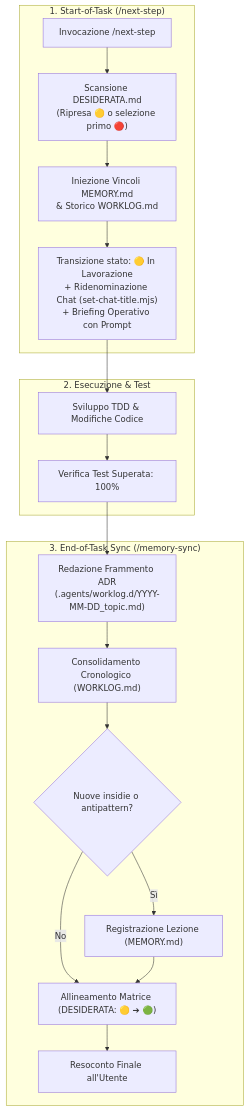
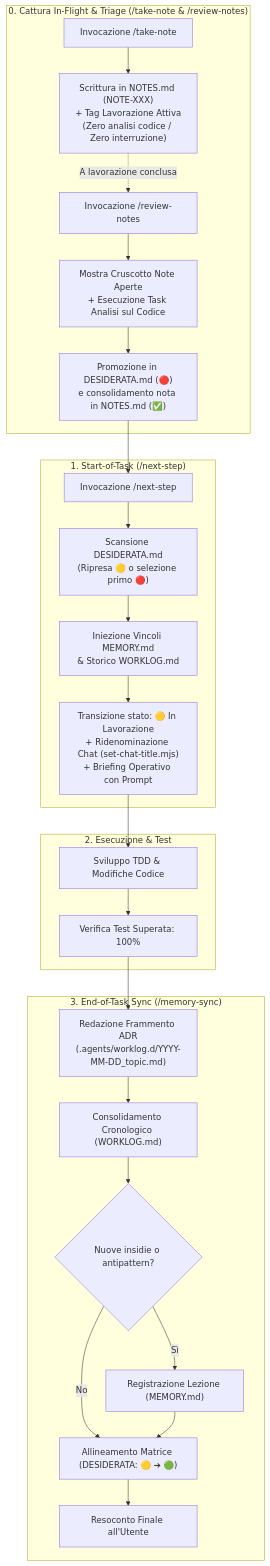
Before and after one commit to alessandroame/antigravity-plugins: the diagram in plugins/cognitive-persistence/README.md, drawn with Mermaid. The commit also changed other lines of this file and 12 other files, not shown here.

Commit message:
feat(cognitive-persistence): add NOTES.md buffer, /take-note and /review-notes skills

````diff
--- a/plugins/cognitive-persistence/README.md
+++ b/plugins/cognitive-persistence/README.md
@@ -65,24 +72,31 @@
 ```mermaid
 flowchart TD
+    subgraph InFlight ["0. Cattura In-Flight & Triage (/take-note & /review-notes)"]
+        N1["Invocazione /take-note <testo>"] --> N2["Scrittura in NOTES.md (NOTE-XXX)<br/>+ Tag Lavorazione Attiva<br/>(Zero analisi codice / Zero interruzione)"]
+        N2 -. "A lavorazione conclusa" .-> N3["Invocazione /review-notes"]
+        N3 --> N4["Mostra Cruscotto Note Aperte<br/>+ Esecuzione Task Analisi sul Codice"]
+        N4 --> N5["Promozione in DESIDERATA.md (🔴)<br/>e consolidamento nota in NOTES.md (✅)"]
+    end
+
     subgraph Avvio ["1. Start-of-Task (/next-step)"]
-        A["Invocazione /next-step"] --> B["Scansione DESIDERATA.md<br/>(Ripresa 🟡 o selezione primo 🔴)"]
+        N5 --> A["Invocazione /next-step"]
+        A --> B["Scansione DESIDERATA.md<br/>(Ripresa 🟡 o selezione primo 🔴)"]
         B --> C["Iniezione Vincoli MEMORY.md<br/>& Storico WORKLOG.md"]
         C --> D["Transizione stato: 🟡 In Lavorazione<br/>+ Ridenominazione Chat (set-chat-title.mjs)<br/>+ Briefing Operativo con Prompt"]
     end
-
 
     subgraph Sviluppo ["2. Esecuzione & Test"]
         D --> E["Sviluppo TDD & Modifiche Codice"]
         E --> F["Verifica Test Superata: 100%"]
     end
 
     subgraph Chiusura ["3. End-of-Task Sync (/memory-sync)"]
         F --> G["Redazione Frammento ADR<br/>(.agents/worklog.d/YYYY-MM-DD_topic.md)"]
         G --> H["Consolidamento Cronologico (WORKLOG.md)"]
         H --> I{"Nuove insidie o antipattern?"}
         I -- Sì --> L["Registrazione Lezione (MEMORY.md)"]
         I -- No --> M["Allineamento Matrice (DESIDERATA: 🟡 ➔ 🟢)"]
         L --> M
         M --> N["Resoconto Finale all'Utente"]
     end
 ```
````
